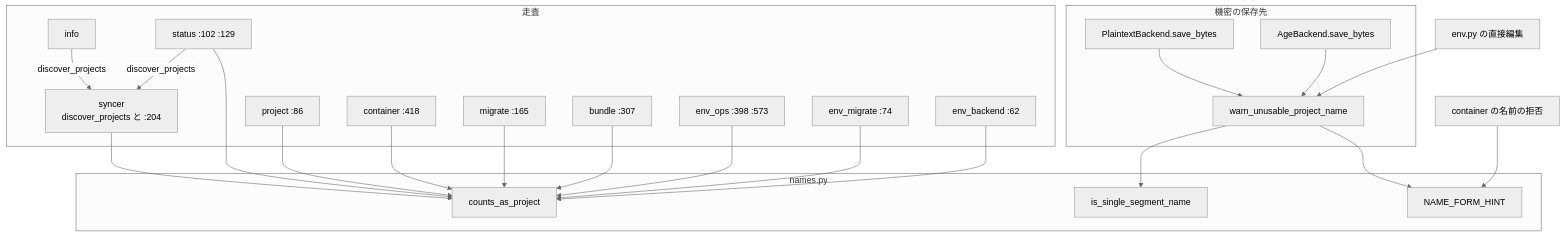
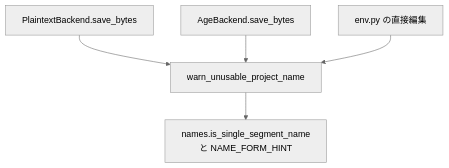
Before and after one commit to devbasex/devbase: the third of 6 diagrams in issues/issue-276-design.md, drawn with Mermaid (neutral theme). The commit also changed other lines of this file, not shown here.

Commit message:
docs: #276 の設計の長い文を分け、図を横幅の上限に収める

````diff
--- a/issues/issue-276-design.md
+++ b/issues/issue-276-design.md
@@ -125,44 +138,12 @@
 ```mermaid
 graph TD
-    subgraph names.py
-        C[counts_as_project]
-        F[is_single_segment_name]
-        H[NAME_FORM_HINT]
-    end
-    subgraph 走査
-        SY[syncer<br/>discover_projects と :204]
-        IN[info]
-        ST[status :102 :129]
-        PR[project :86]
-        CO[container :418]
-        MI[migrate :165]
-        BU[bundle :307]
-        EO[env_ops :398 :573]
-        EM[env_migrate :74]
-        EB[env_backend :62]
-    end
-    subgraph 機密の保存先
-        W[warn_unusable_project_name]
-        PB[PlaintextBackend.save_bytes]
-        AB[AgeBackend.save_bytes]
-    end
+    PB[PlaintextBackend.save_bytes]
+    AB[AgeBackend.save_bytes]
     ED[env.py の直接編集]
-    CR[container の名前の拒否]
-    SY --> C
-    ST --> C
-    PR --> C
-    CO --> C
-    MI --> C
-    BU --> C
-    EO --> C
-    EM --> C
-    EB --> C
-    IN -->|discover_projects| SY
-    ST -->|discover_projects| SY
+    W[warn_unusable_project_name]
+    N[names.is_single_segment_name<br/>と NAME_FORM_HINT]
     PB --> W
     AB --> W
     ED --> W
-    W --> F
-    W --> H
-    CR --> H
+    W --> N
 ```
````
